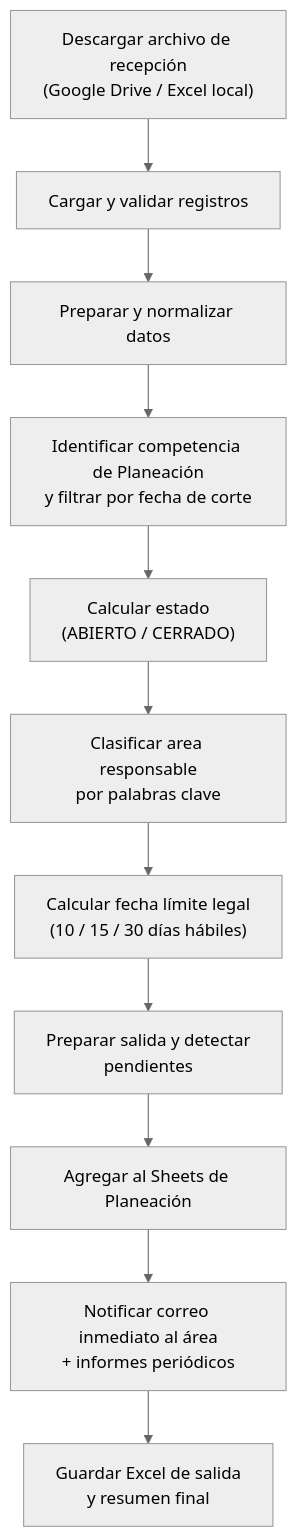
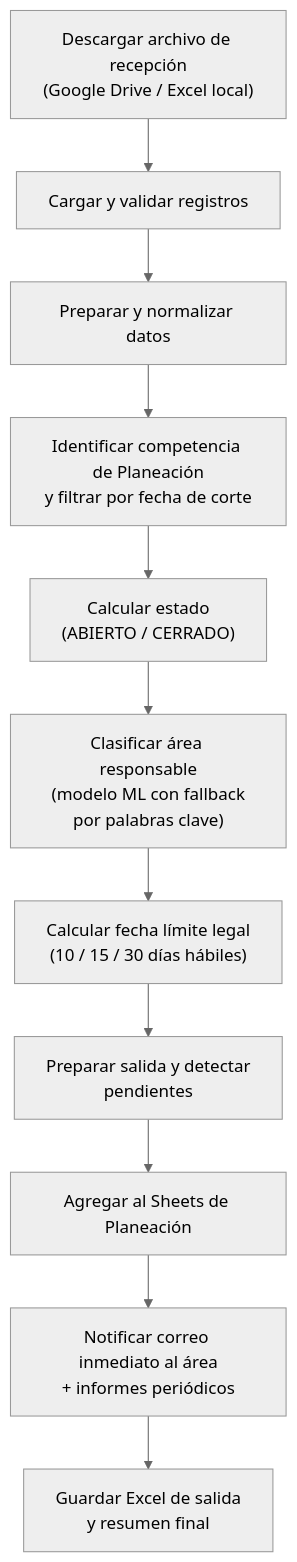
The first of 5 diagrams in docs/diagramas.md (Alcaldia-de-Yondo/automatizacion-pqrs), drawn with Mermaid (neutral theme) before and after one commit. The commit also changed other lines of this file and 18 other files, not shown here.

````diff
--- a/docs/diagramas.md
+++ b/docs/diagramas.md
@@ -10,13 +10,13 @@
 ```mermaid
 flowchart TD
     A["Descargar archivo de recepción<br/>(Google Drive / Excel local)"] --> B["Cargar y validar registros"]
     B --> C["Preparar y normalizar datos"]
     C --> D["Identificar competencia de Planeación<br/>y filtrar por fecha de corte"]
     D --> E["Calcular estado<br/>(ABIERTO / CERRADO)"]
-    E --> F["Clasificar area responsable<br/>por palabras clave"]
+    E --> F["Clasificar área responsable<br/>(modelo ML con fallback<br/>por palabras clave)"]
     F --> G["Calcular fecha límite legal<br/>(10 / 15 / 30 días hábiles)"]
     G --> H["Preparar salida y detectar<br/>pendientes"]
     H --> I["Agregar al Sheets de Planeación"]
     I --> J["Notificar correo inmediato al área<br/>+ informes periódicos"]
     J --> K["Guardar Excel de salida<br/>y resumen final"]
 ```
````
